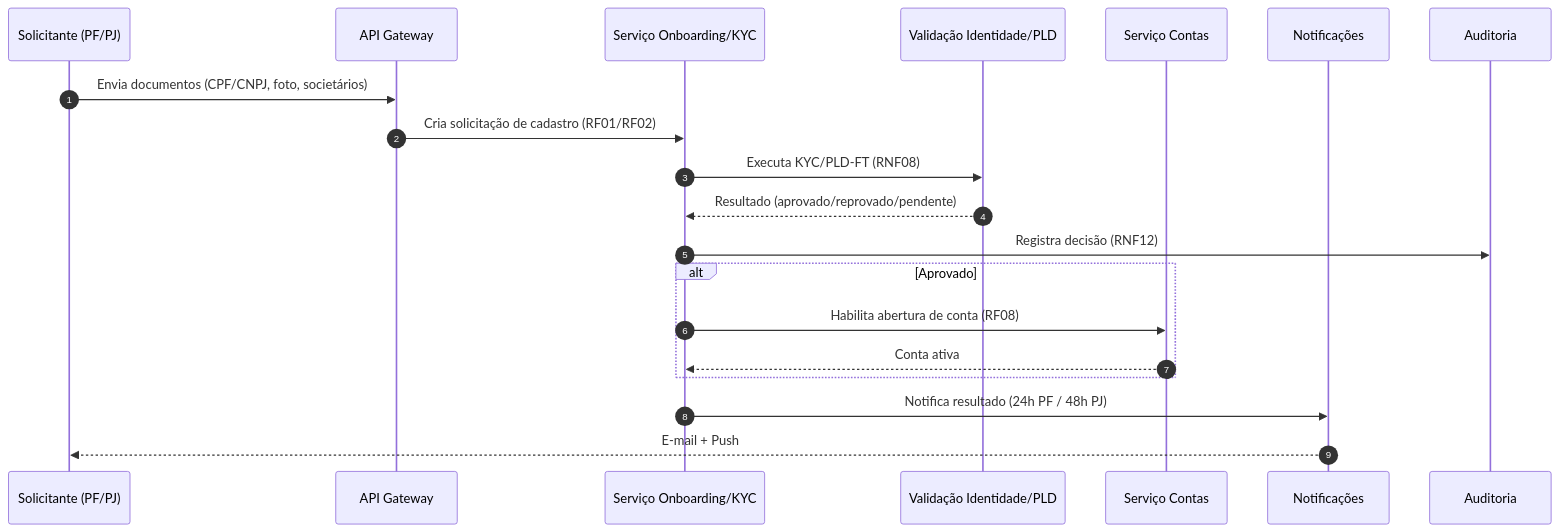
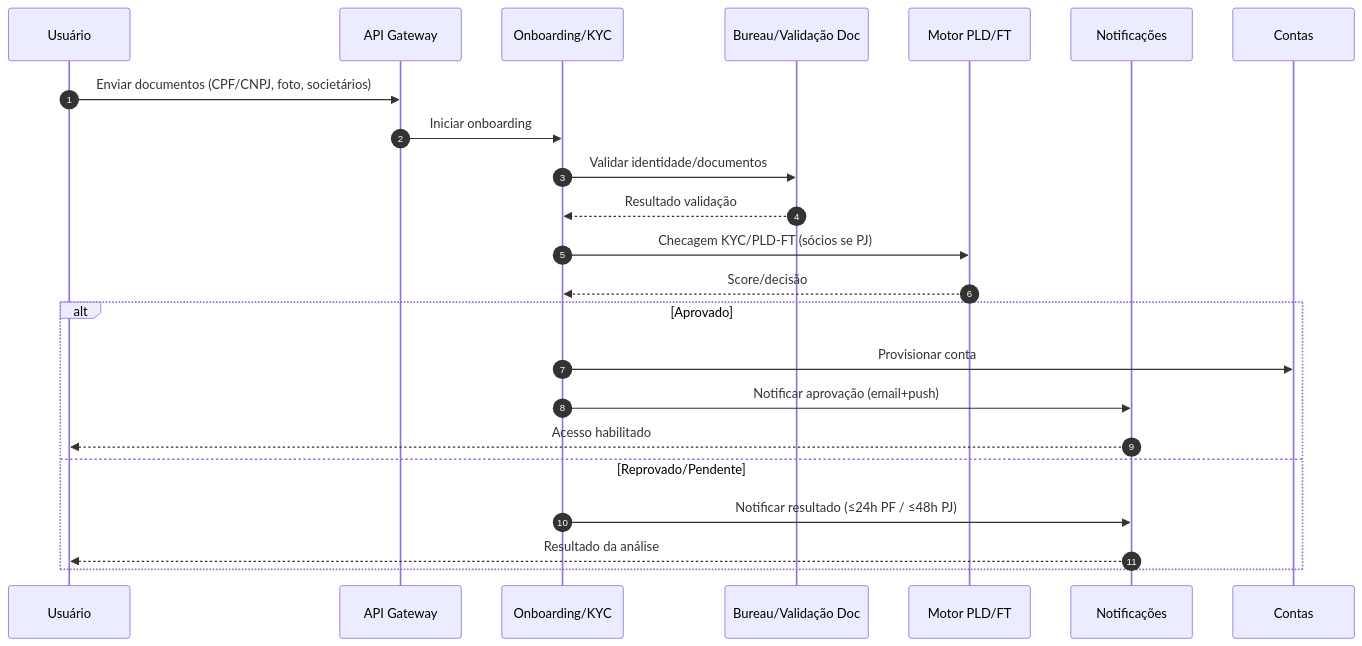
One commit to PDC-ESIA/AI4ES changed the third of 3 diagrams in docs/Time_2_Design/analise-qualitativa/outputs/relatorio_claude_opus_4_8_G01.md. Above: the diagram before and after it, drawn with Mermaid. The commit also changed other lines of this file and 107 other files, not shown here.

````diff
--- a/docs/Time_2_Design/analise-qualitativa/outputs/relatorio_claude_opus_4_8_G01.md
+++ b/docs/Time_2_Design/analise-qualitativa/outputs/relatorio_claude_opus_4_8_G01.md
@@ -132,23 +147,26 @@
 ```mermaid
 sequenceDiagram
     autonumber
-    participant U as Solicitante (PF/PJ)
+    participant U as Usuário
     participant GW as API Gateway
-    participant USR as Serviço Onboarding/KYC
-    participant VAL as Validação Identidade/PLD
-    participant ACC as Serviço Contas
-    participant NOT as Notificações
-    participant AUD as Auditoria
+    participant USR as Onboarding/KYC
+    participant BUR as Bureau/Validação Doc
+    participant PLD as Motor PLD/FT
+    participant NOTIF as Notificações
+    participant ACC as Contas
 
-    U->>GW: Envia documentos (CPF/CNPJ, foto, societários)
-    GW->>USR: Cria solicitação de cadastro (RF01/RF02)
-    USR->>VAL: Executa KYC/PLD-FT (RNF08)
-    VAL-->>USR: Resultado (aprovado/reprovado/pendente)
-    USR->>AUD: Registra decisão (RNF12)
+    U->>GW: Enviar documentos (CPF/CNPJ, foto, societários)
+    GW->>USR: Iniciar onboarding
+    USR->>BUR: Validar identidade/documentos
+    BUR-->>USR: Resultado validação
+    USR->>PLD: Checagem KYC/PLD-FT (sócios se PJ)
+    PLD-->>USR: Score/decisão
     alt Aprovado
-        USR->>ACC: Habilita abertura de conta (RF08)
-        ACC-->>USR: Conta ativa
+        USR->>ACC: Provisionar conta
+        USR->>NOTIF: Notificar aprovação (email+push)
+        NOTIF-->>U: Acesso habilitado
+    else Reprovado/Pendente
+        USR->>NOTIF: Notificar resultado (≤24h PF / ≤48h PJ)
+        NOTIF-->>U: Resultado da análise
     end
-    USR->>NOT: Notifica resultado (24h PF / 48h PJ)
-    NOT-->>U: E-mail + Push
 ```
````
